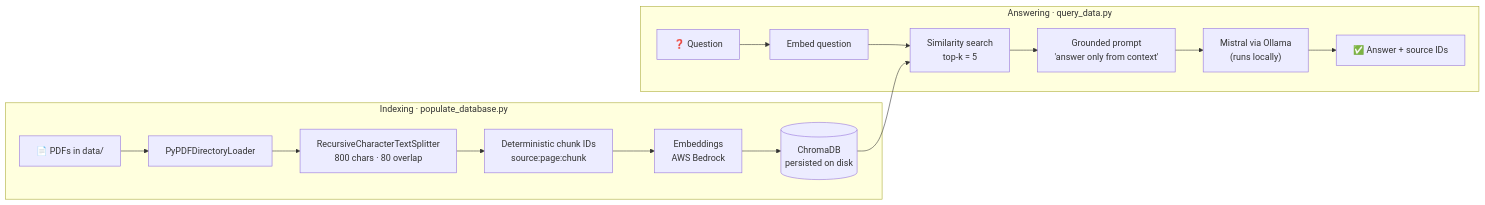
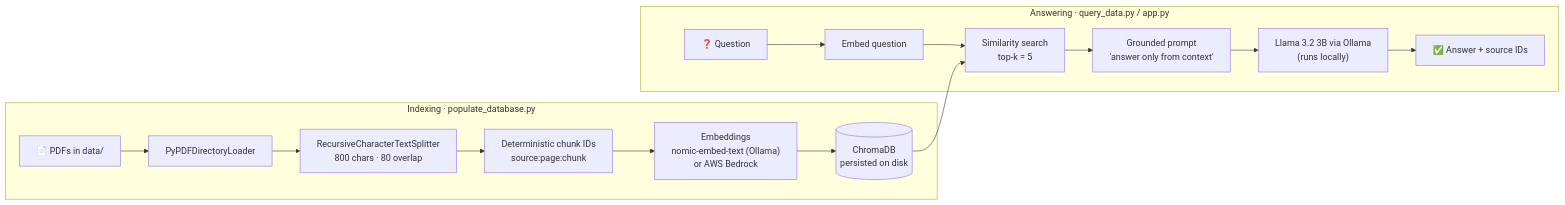
Before and after one commit to mmartinezvaras/Python-RAG-AI-para-los-PDFs: the diagram in README.md, drawn with Mermaid. The commit also changed other lines of this file and 2 other files, not shown here.

````diff
--- a/README.md
+++ b/README.md
@@ -32,18 +48,18 @@
 ```mermaid
 flowchart LR
     subgraph INGEST["Indexing · populate_database.py"]
         P["📄 PDFs in data/"] --> L["PyPDFDirectoryLoader"]
         L --> S["RecursiveCharacterTextSplitter<br/>800 chars · 80 overlap"]
         S --> ID["Deterministic chunk IDs<br/>source:page:chunk"]
-        ID --> E1["Embeddings<br/>AWS Bedrock"]
+        ID --> E1["Embeddings<br/>nomic-embed-text (Ollama)<br/>or AWS Bedrock"]
         E1 --> DB[("ChromaDB<br/>persisted on disk")]
     end
-    subgraph QUERY["Answering · query_data.py"]
+    subgraph QUERY["Answering · query_data.py / app.py"]
         Q["❓ Question"] --> E2["Embed question"]
         E2 --> R["Similarity search<br/>top-k = 5"]
         DB --> R
         R --> PR["Grounded prompt<br/>'answer only from context'"]
-        PR --> LLM["Mistral via Ollama<br/>(runs locally)"]
+        PR --> LLM["Llama 3.2 3B via Ollama<br/>(runs locally)"]
         LLM --> A["✅ Answer + source IDs"]
     end
 ```
````
